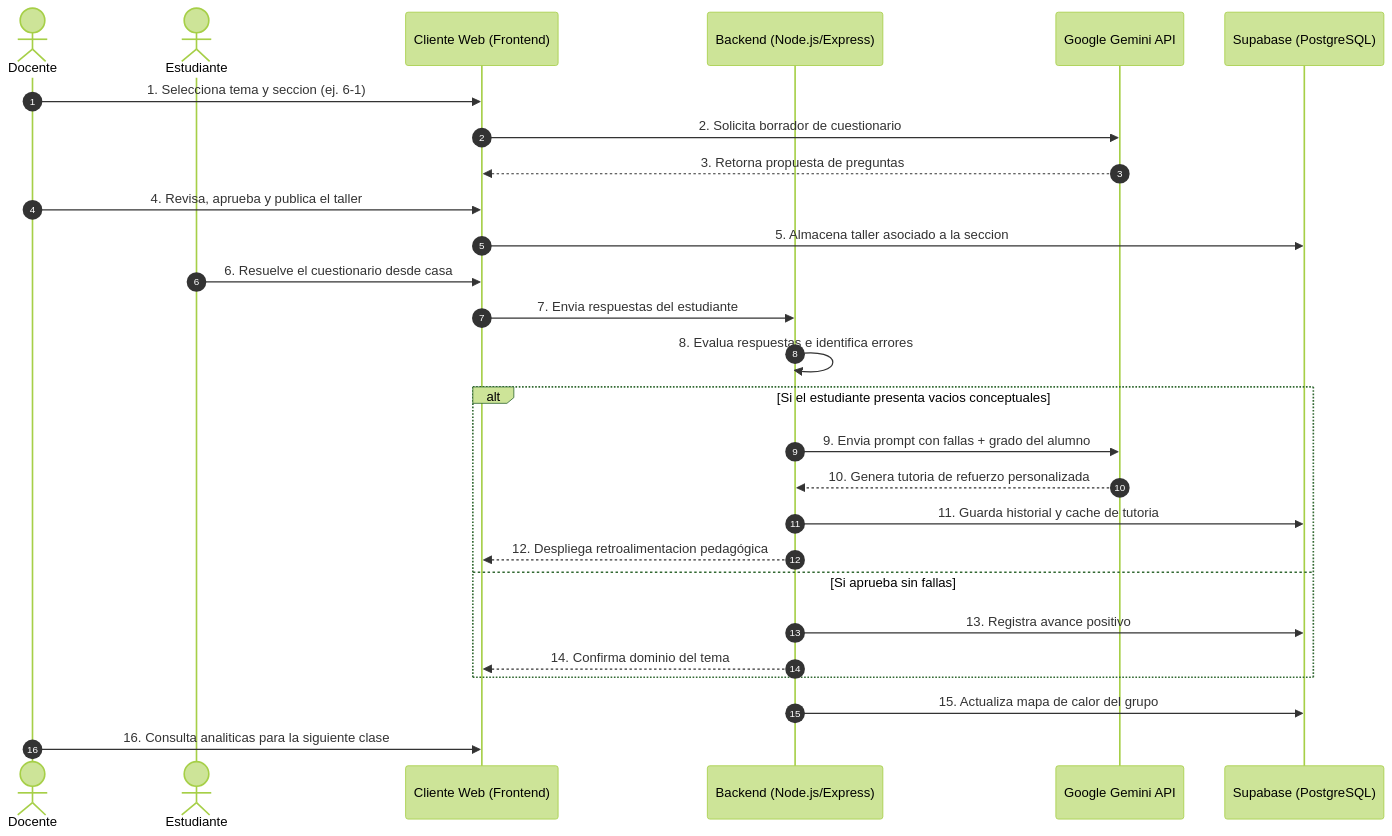
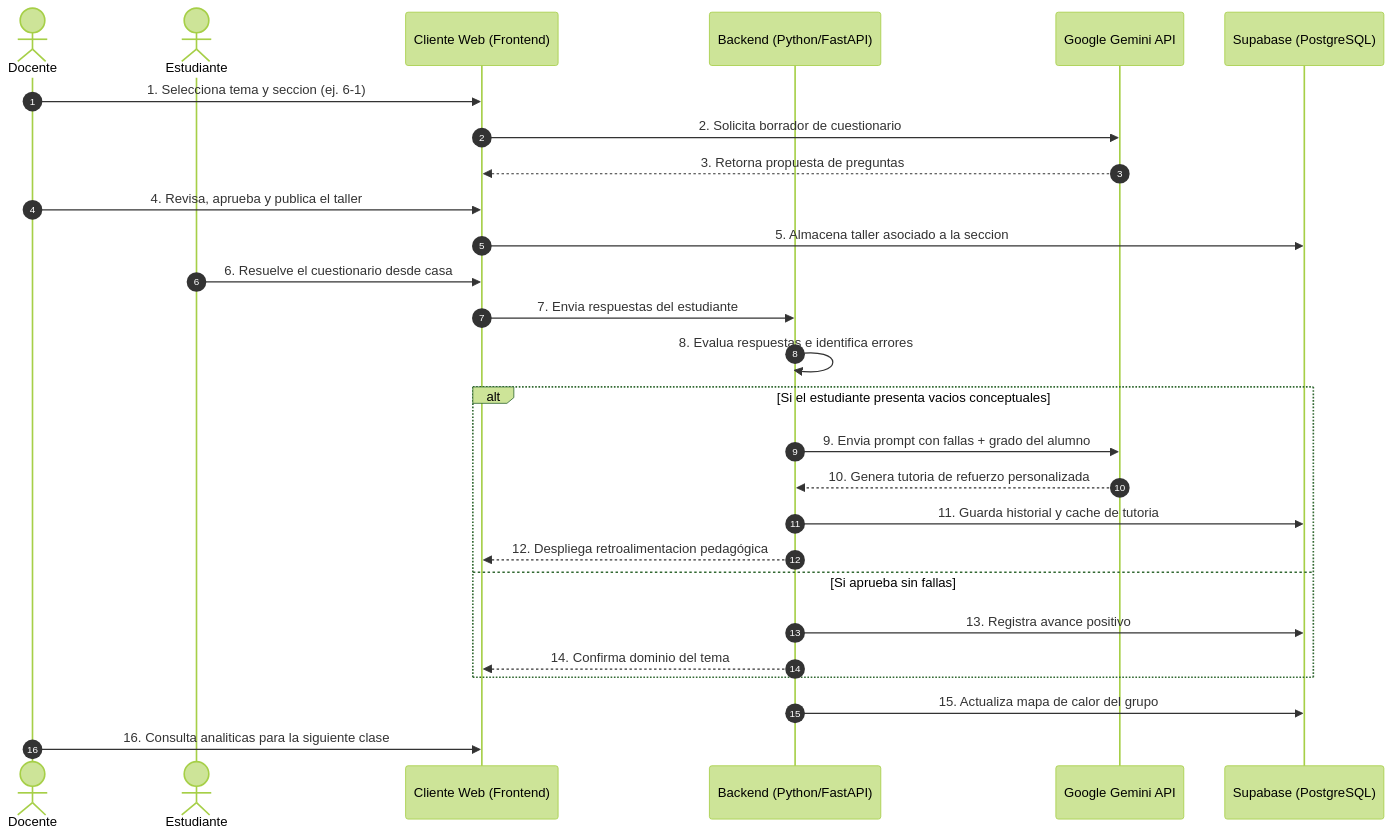
One commit to Dreathward/sistema-de-aprendizaje-en-linea changed the diagram in docs/02-logica-y-procesos.md. Above: the diagram before and after it, drawn with Mermaid (forest theme).

Commit message:
Change backend from Node.js/Express to Python/FastAPI

````diff
--- a/docs/02-logica-y-procesos.md
+++ b/docs/02-logica-y-procesos.md
@@ -14,33 +14,33 @@
 ```mermaid
 sequenceDiagram
     autonumber
     actor Docente
     actor Estudiante
     participant UI as Cliente Web (Frontend)
-    participant Server as Backend (Node.js/Express)
+    participant Server as Backend (Python/FastAPI)
     participant IA as Google Gemini API
     participant DB as Supabase (PostgreSQL)
 
     Docente->>UI: 1. Selecciona tema y seccion (ej. 6-1)
     UI->>IA: 2. Solicita borrador de cuestionario
     IA-->>UI: 3. Retorna propuesta de preguntas
     Docente->>UI: 4. Revisa, aprueba y publica el taller
     UI->>DB: 5. Almacena taller asociado a la seccion
     
     Estudiante->>UI: 6. Resuelve el cuestionario desde casa
     UI->>Server: 7. Envia respuestas del estudiante
     Server->>Server: 8. Evalua respuestas e identifica errores
     
     alt Si el estudiante presenta vacios conceptuales
         Server->>IA: 9. Envia prompt con fallas + grado del alumno
         IA-->>Server: 10. Genera tutoria de refuerzo personalizada
         Server->>DB: 11. Guarda historial y cache de tutoria
         Server-->>UI: 12. Despliega retroalimentacion pedagógica
     else Si aprueba sin fallas
         Server->>DB: 13. Registra avance positivo
         Server-->>UI: 14. Confirma dominio del tema
     end
 
     Server->>DB: 15. Actualiza mapa de calor del grupo
     Docente->>UI: 16. Consulta analiticas para la siguiente clase
 ```
````
